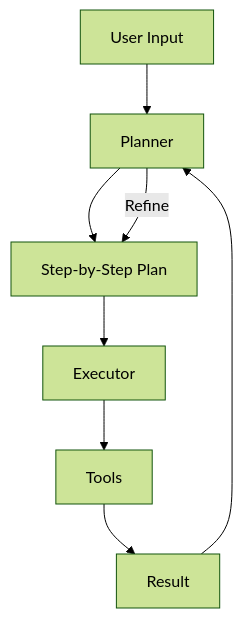
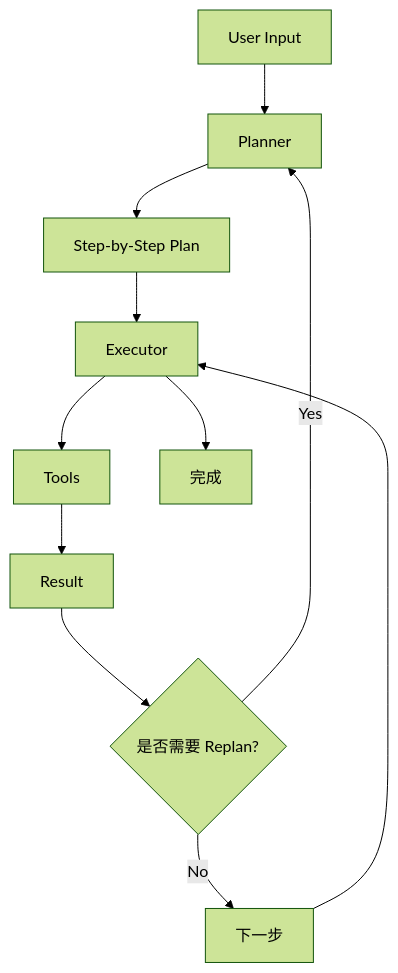
Before and after one commit to silenceboychen/blog: the fourth of 8 diagrams in source/_posts/AI-Agent-Design-Patterns-Comprehensive-Guide.md, drawn with Mermaid (forest theme). The commit also changed other lines of this file, not shown here.

````diff
--- a/source/_posts/AI-Agent-Design-Patterns-Comprehensive-Guide.md
+++ b/source/_posts/AI-Agent-Design-Patterns-Comprehensive-Guide.md
@@ -67,10 +239,13 @@
 ```mermaid
 graph TD
     User[User Input] --> Planner
     Planner --> Plan[Step-by-Step Plan]
     Plan --> Executor
     Executor --> Tool[Tools]
     Tool --> Result
-    Result --> Planner
-    Planner -- Refine --> Plan
+    Result --> Check{是否需要 Replan?}
+    Check -- Yes --> Planner
+    Check -- No --> NextStep[下一步]
+    NextStep --> Executor
+    Executor --> Final[完成]
 ```
````
